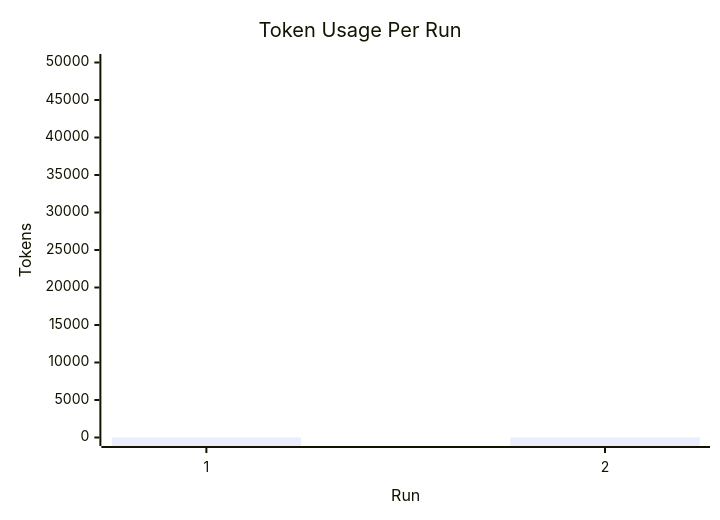
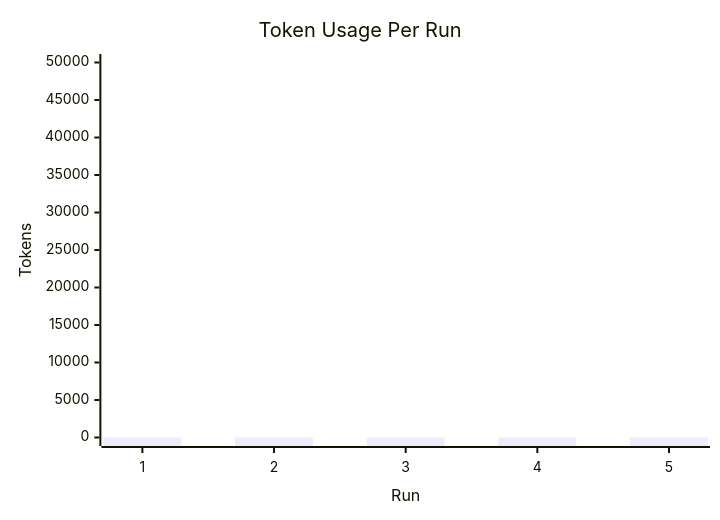
One commit to Jit-Paul-2008/Hexamind changed the second of 2 diagrams in reports-versioned/aggregated/run-results-dashboard.md. Above: the diagram before and after it, drawn with Mermaid. The commit also changed other lines of this file and 52 other files, not shown here.

````diff
--- a/reports-versioned/aggregated/run-results-dashboard.md
+++ b/reports-versioned/aggregated/run-results-dashboard.md
@@ -23,7 +23,7 @@
 ```mermaid
 xychart-beta
     title "Token Usage Per Run"
-    x-axis "Run" [1, 2]
+    x-axis "Run" [1, 2, 3, 4, 5]
     y-axis "Tokens" 0 --> 50000
-    bar "TokensUsed" [0, 0]
+    bar "TokensUsed" [0, 0, 0, 0, 0]
 ```
````
